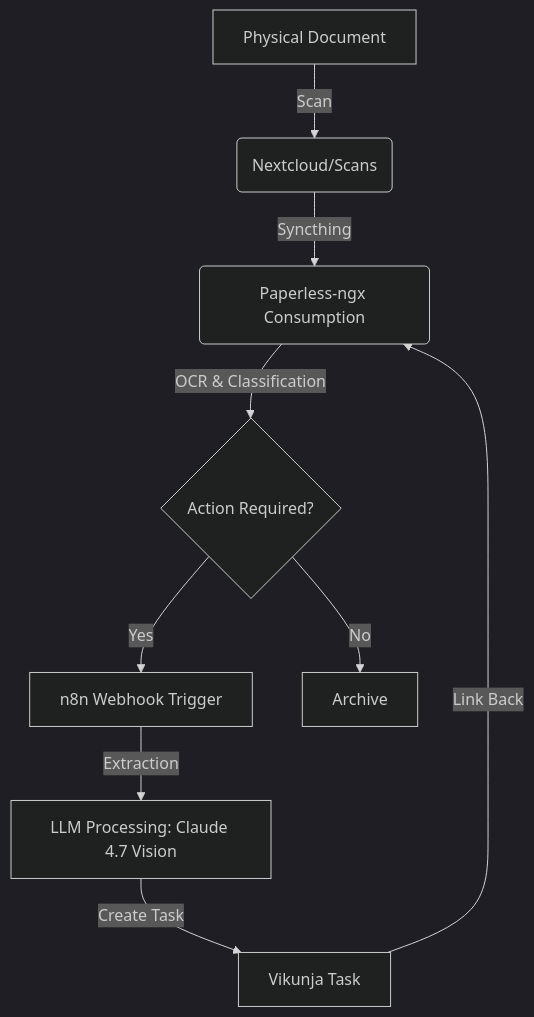
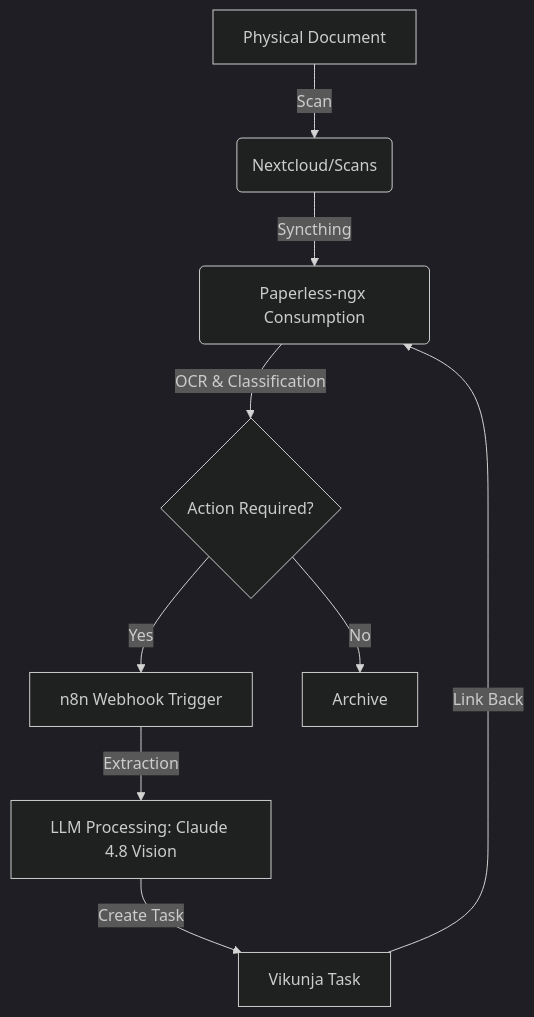
Before and after one commit to joanmarcriera/Home-office-automations: the diagram in docs/playbooks/scan-to-task.md, drawn with Mermaid (dark theme). The commit also changed other lines of this file and 4 other files, not shown here.

````diff
--- a/docs/playbooks/scan-to-task.md
+++ b/docs/playbooks/scan-to-task.md
@@ -48,11 +47,11 @@
 ```mermaid
 flowchart TD
     A[Physical Document] -->|Scan| B(Nextcloud/Scans)
     B -->|Syncthing| C(Paperless-ngx Consumption)
     C -->|OCR & Classification| D{Action Required?}
     D -- Yes --> E[n8n Webhook Trigger]
     D -- No --> F[Archive]
-    E -->|Extraction| G[LLM Processing: Claude 4.7 Vision]
+    E -->|Extraction| G[LLM Processing: Claude 4.8 Vision]
     G -->|Create Task| H[Vikunja Task]
     H -->|Link Back| C
 ```
````
